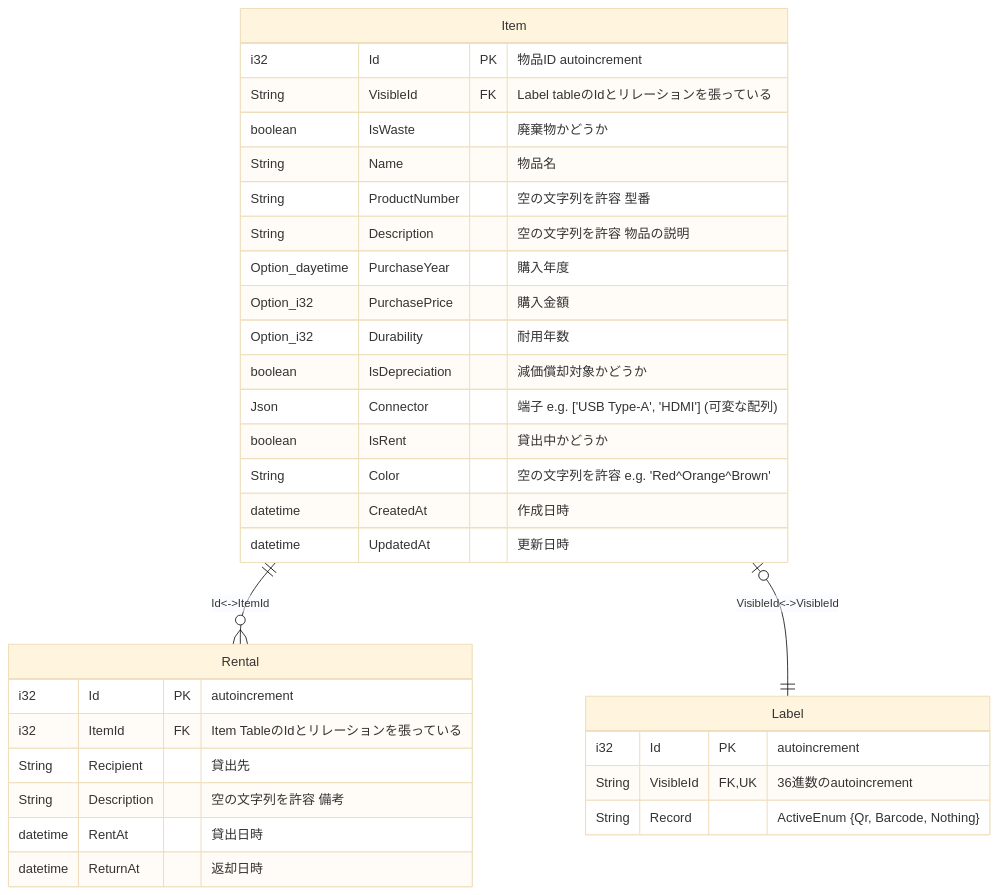
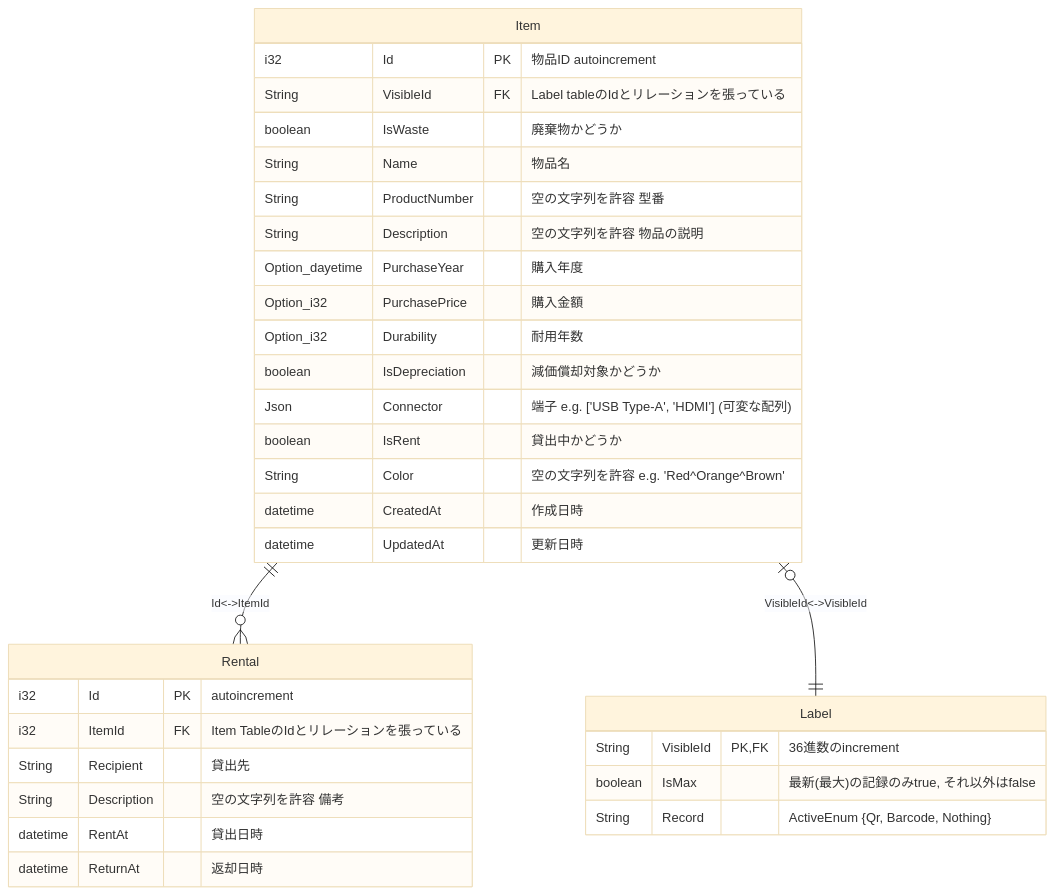
One commit to sohosai/dashi changed the first of 3 diagrams in documents/database.md. Above: the diagram before and after it, drawn with Mermaid (base theme). The commit also changed 1 other file, not shown here.

Commit message:
fix: fix label table

````diff
--- a/documents/database.md
+++ b/documents/database.md
@@ -10,35 +10,35 @@
 ```mermaid
 erDiagram
     Item ||--o{ Rental : "Id<->ItemId"
     Item |o--|| Label : "VisibleId<->VisibleId"
     Item {
         i32 Id PK "物品ID autoincrement"
         String VisibleId FK "Label tableのIdとリレーションを張っている"
         boolean IsWaste "廃棄物かどうか"
         String Name "物品名"
         String ProductNumber "空の文字列を許容 型番"
         String Description "空の文字列を許容 物品の説明"
         Option_dayetime PurchaseYear "購入年度"
         Option_i32 PurchasePrice "購入金額"
         Option_i32 Durability "耐用年数"
         boolean IsDepreciation "減価償却対象かどうか"
         Json Connector "端子 e.g. ['USB Type-A', 'HDMI'] (可変な配列)"
         boolean IsRent "貸出中かどうか"
         String Color "空の文字列を許容 e.g. 'Red^Orange^Brown'"
         datetime CreatedAt "作成日時"
         datetime UpdatedAt "更新日時"
     }
     Label {
-        i32 Id PK "autoincrement"
-        String VisibleId FK, UK "36進数のautoincrement"
+        String VisibleId PK, FK "36進数のincrement"
+        boolean IsMax "最新(最大)の記録のみtrue, それ以外はfalse"
         String Record "ActiveEnum {Qr, Barcode, Nothing}"
     }
     Rental {
         i32 Id PK "autoincrement"
         i32 ItemId FK "Item TableのIdとリレーションを張っている"
         String Recipient "貸出先"
         String Description "空の文字列を許容 備考"
         datetime RentAt "貸出日時"
         datetime ReturnAt "返却日時"
     }
 ```
````
